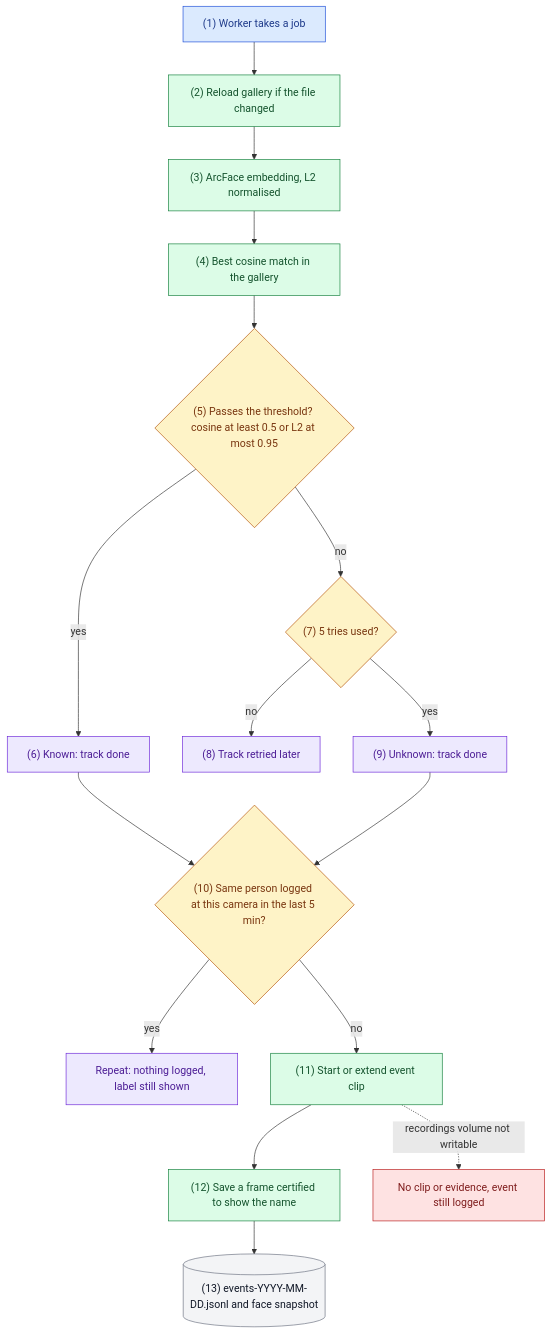
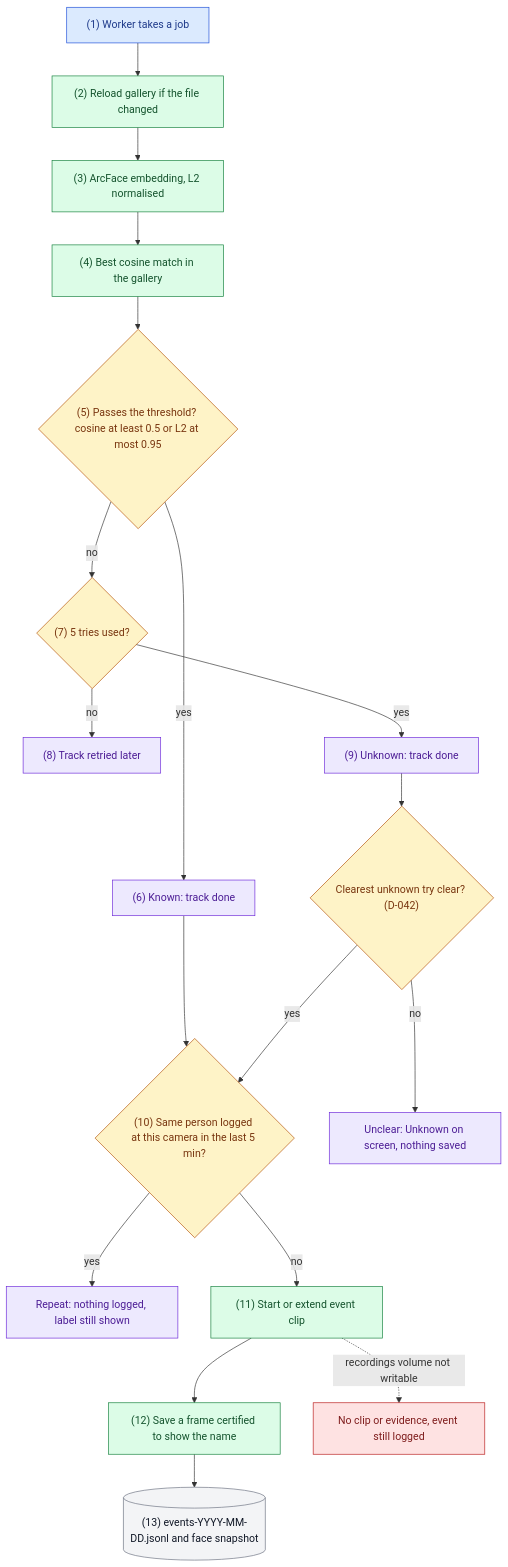
The second of 6 diagrams in docs/FLOW.md (hamza-aziz-ai/Jetson-Nano-Face-Recognition-Attendance-System), drawn with Mermaid before and after one commit. The commit also changed other lines of this file and 8 other files, not shown here.

First line of the commit message:
feat(recognition): log unknown faces only from a clear view so bad angles stop filling the log (#28)

````diff
--- a/docs/FLOW.md
+++ b/docs/FLOW.md
@@ -46,21 +46,23 @@
 ```mermaid
 flowchart TD
   J["`(1) Worker takes a job`"]:::entry --> G["`(2) Reload gallery if the file changed`"]:::step --> E["`(3) ArcFace embedding, L2 normalised`"]:::step
   E --> B["`(4) Best cosine match in the gallery`"]:::step --> K{"`(5) Passes the threshold? cosine at least 0.5 or L2 at most 0.95`"}:::decision
   K -->|"`yes`"| KN["`(6) Known: track done`"]:::outcome
   K -->|"`no`"| TR{"`(7) 5 tries used?`"}:::decision
   TR -->|"`no`"| RT["`(8) Track retried later`"]:::outcome
   TR -->|"`yes`"| UN["`(9) Unknown: track done`"]:::outcome
   KN --> RP{"`(10) Same person logged at this camera in the last 5 min?`"}:::decision
-  UN --> RP
+  UN --> QC{"`Clearest unknown try clear? (D-042)`"}:::decision
+  QC -->|"`no`"| UC["`Unclear: Unknown on screen, nothing saved`"]:::outcome
+  QC -->|"`yes`"| RP
   RP -->|"`yes`"| SK["`Repeat: nothing logged, label still shown`"]:::outcome
   RP -->|"`no`"| C["`(11) Start or extend event clip`"]:::step
   C --> EV["`(12) Save a frame certified to show the name`"]:::step --> LOG[("`(13) events-YYYY-MM-DD.jsonl and face snapshot`")]:::store
   C -. "`recordings volume not writable`" .-> NOREC["`No clip or evidence, event still logged`"]:::error
   classDef entry fill:#dbeafe,stroke:#1d4ed8,color:#1e3a8a
   classDef step fill:#dcfce7,stroke:#15803d,color:#14532d
   classDef decision fill:#fef3c7,stroke:#b45309,color:#78350f
   classDef outcome fill:#ede9fe,stroke:#6d28d9,color:#4c1d95
   classDef error fill:#fee2e2,stroke:#b91c1c,color:#7f1d1d
   classDef store fill:#f3f4f6,stroke:#6b7280,color:#111827
 ```
````
